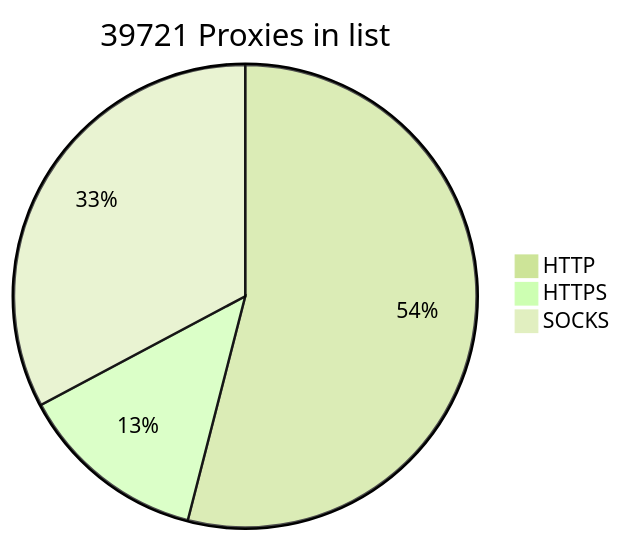
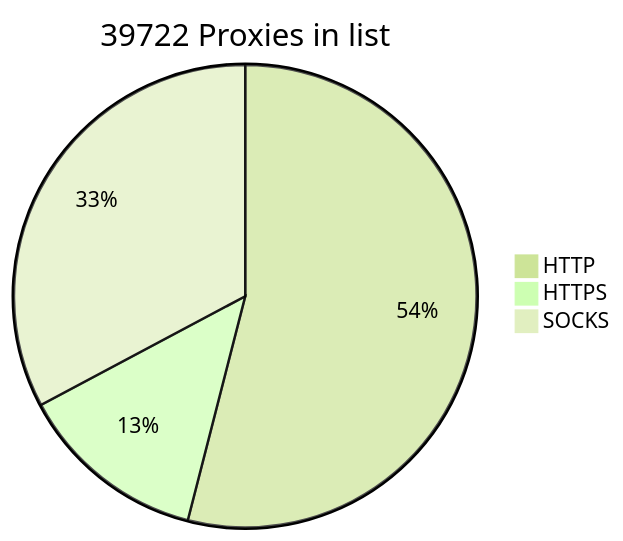
The diagram in README.md (BlackSnowDot/proxylist-update-every-minute), drawn with Mermaid (forest theme) before and after one commit.

````diff
--- a/README.md
+++ b/README.md
@@ -2,6 +2,6 @@
 ```mermaid
-pie title 39721 Proxies in list
+pie title 39722 Proxies in list
     "HTTP" : 23811
     "HTTPS": 5829
-    "SOCKS" : 14457
+    "SOCKS" : 14458
 ```
````
